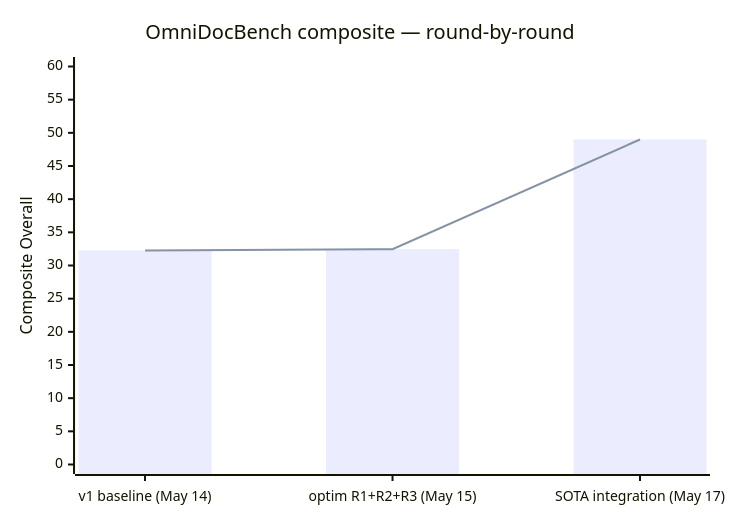
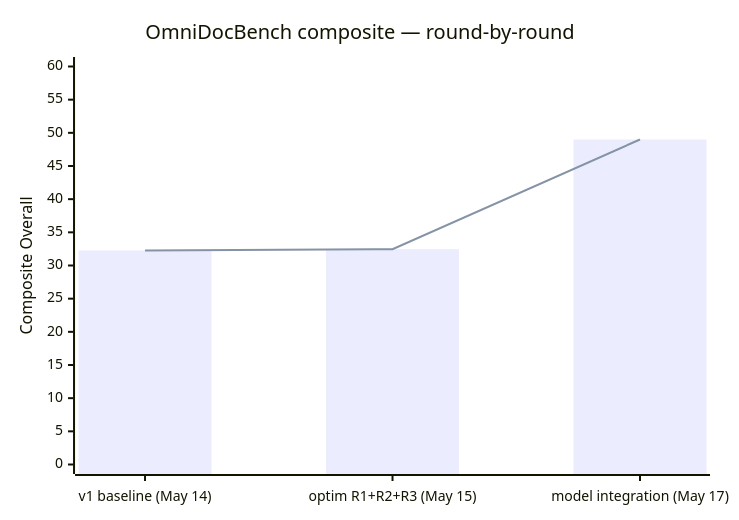
One commit to CrazyForks/TurboOCR changed the diagram in docs/benchmarks/omnidocbench.md. Above: the diagram before and after it, drawn with Mermaid. The commit also changed other lines of this file and 3 other files, not shown here.

````diff
--- a/docs/benchmarks/omnidocbench.md
+++ b/docs/benchmarks/omnidocbench.md
@@ -156,8 +156,8 @@
 ```mermaid
 xychart-beta
     title "OmniDocBench composite — round-by-round"
-    x-axis ["v1 baseline (May 14)", "optim R1+R2+R3 (May 15)", "SOTA integration (May 17)"]
+    x-axis ["v1 baseline (May 14)", "optim R1+R2+R3 (May 15)", "model integration (May 17)"]
     y-axis "Composite Overall" 0 --> 60
     bar [32.27, 32.46, 49.0]
     line [32.27, 32.46, 49.0]
 ```
````
